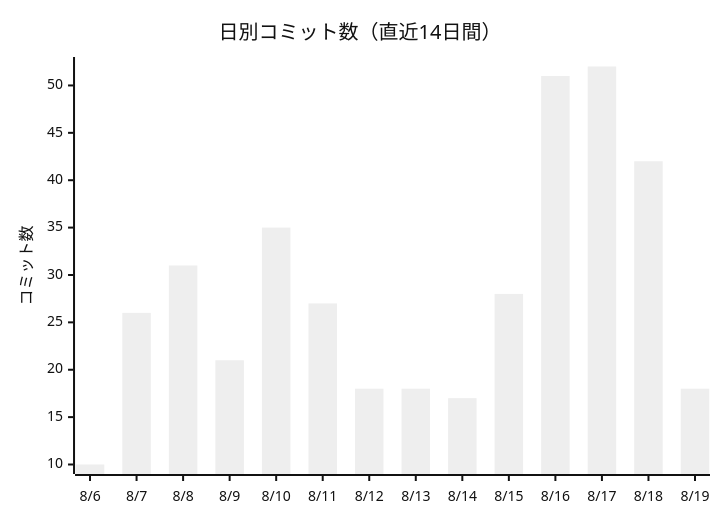
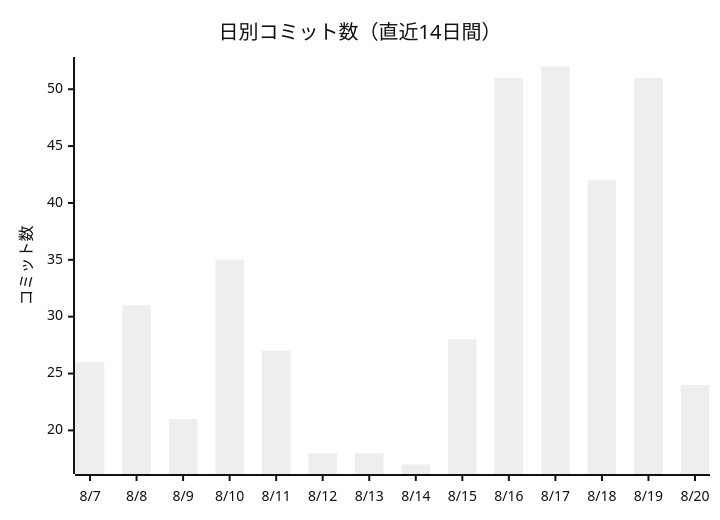
The first of 2 diagrams in docs/進化レポート.md (non-x2/non-x2), drawn with Mermaid (neutral theme) before and after one commit. The commit also changed other lines of this file and 2 other files, not shown here.

````diff
--- a/docs/進化レポート.md
+++ b/docs/進化レポート.md
@@ -23,7 +23,7 @@
 ```mermaid
 xychart-beta
     title "日別コミット数（直近14日間）"
-    x-axis ["8/6", "8/7", "8/8", "8/9", "8/10", "8/11", "8/12", "8/13", "8/14", "8/15", "8/16", "8/17", "8/18", "8/19"]
+    x-axis ["8/7", "8/8", "8/9", "8/10", "8/11", "8/12", "8/13", "8/14", "8/15", "8/16", "8/17", "8/18", "8/19", "8/20"]
     y-axis "コミット数"
-    bar [10, 26, 31, 21, 35, 27, 18, 18, 17, 28, 51, 52, 42, 18]
+    bar [26, 31, 21, 35, 27, 18, 18, 17, 28, 51, 52, 42, 51, 24]
 ```
````
